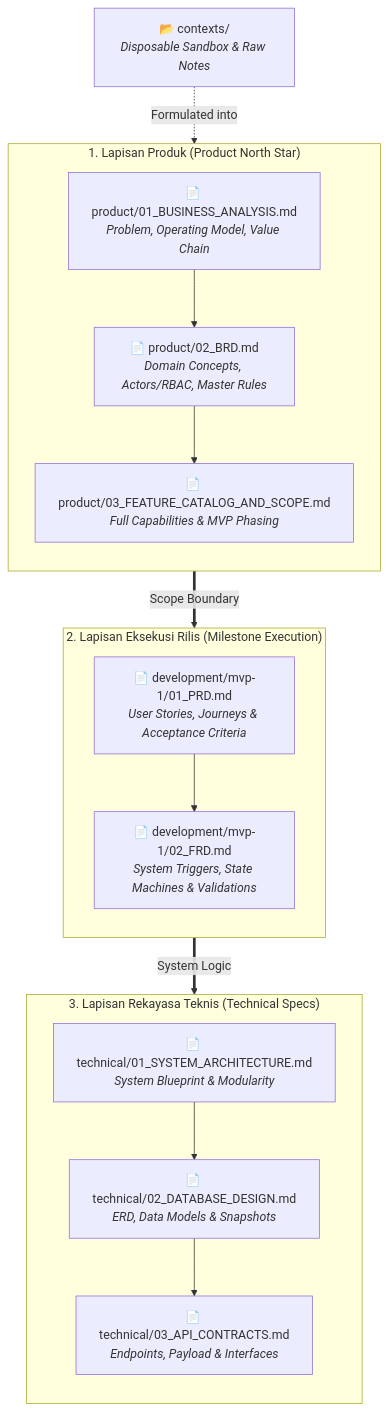
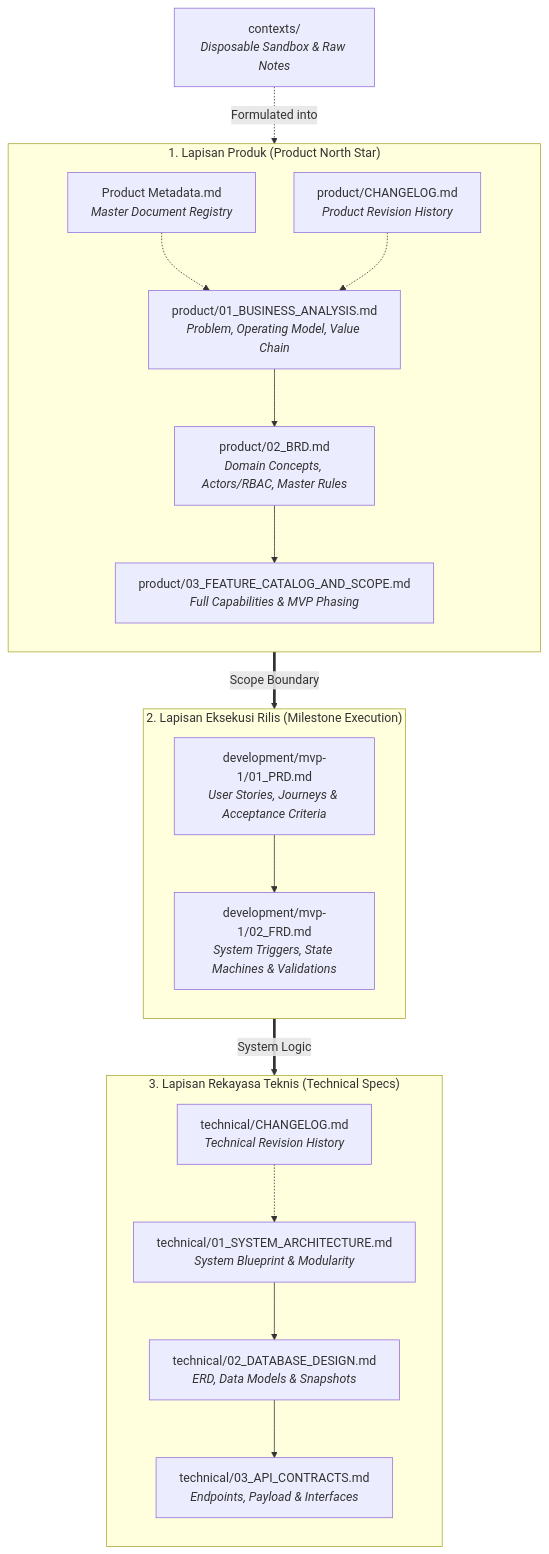
Before and after one commit to mfauzanfikri/tms-docs: the diagram in README.md, drawn with Mermaid. The commit also changed other lines of this file and 3 other files, not shown here.

Commit message:
docs: establish universal documentation standards, metadata registry, and changelogs

````diff
--- a/README.md
+++ b/README.md
@@ -21,30 +21,35 @@
 ```mermaid
 flowchart TD
-    CTX["📂 contexts/<br><i>Disposable Sandbox & Raw Notes</i>"] -.->|Formulated into| P
+    CTX["contexts/<br><i>Disposable Sandbox & Raw Notes</i>"] -.->|Formulated into| P
 
     subgraph P["1. Lapisan Produk (Product North Star)"]
         direction TB
-        BA["📄 product/01_BUSINESS_ANALYSIS.md<br><i>Problem, Operating Model, Value Chain</i>"]
-        BRD["📄 product/02_BRD.md<br><i>Domain Concepts, Actors/RBAC, Master Rules</i>"]
-        CAT["📄 product/03_FEATURE_CATALOG_AND_SCOPE.md<br><i>Full Capabilities & MVP Phasing</i>"]
-        BA --> BRD --> CAT
+        REG["Product Metadata.md<br><i>Master Document Registry</i>"]
+        P_CL["product/CHANGELOG.md<br><i>Product Revision History</i>"]
+        BA["product/01_BUSINESS_ANALYSIS.md<br><i>Problem, Operating Model, Value Chain</i>"]
+        BRD["product/02_BRD.md<br><i>Domain Concepts, Actors/RBAC, Master Rules</i>"]
+        CAT["product/03_FEATURE_CATALOG_AND_SCOPE.md<br><i>Full Capabilities & MVP Phasing</i>"]
+        REG -.-> BA --> BRD --> CAT
+        P_CL -.-> BA
     end
 
     subgraph D["2. Lapisan Eksekusi Rilis (Milestone Execution)"]
         direction TB
-        PRD["📄 development/mvp-1/01_PRD.md<br><i>User Stories, Journeys & Acceptance Criteria</i>"]
-        FRD["📄 development/mvp-1/02_FRD.md<br><i>System Triggers, State Machines & Validations</i>"]
+        PRD["development/mvp-1/01_PRD.md<br><i>User Stories, Journeys & Acceptance Criteria</i>"]
+        FRD["development/mvp-1/02_FRD.md<br><i>System Triggers, State Machines & Validations</i>"]
         PRD --> FRD
     end
 
     subgraph T["3. Lapisan Rekayasa Teknis (Technical Specs)"]
         direction TB
-        ARCH["📄 technical/01_SYSTEM_ARCHITECTURE.md<br><i>System Blueprint & Modularity</i>"]
-        DB["📄 technical/02_DATABASE_DESIGN.md<br><i>ERD, Data Models & Snapshots</i>"]
-        API["📄 technical/03_API_CONTRACTS.md<br><i>Endpoints, Payload & Interfaces</i>"]
+        T_CL["technical/CHANGELOG.md<br><i>Technical Revision History</i>"]
+        ARCH["technical/01_SYSTEM_ARCHITECTURE.md<br><i>System Blueprint & Modularity</i>"]
+        DB["technical/02_DATABASE_DESIGN.md<br><i>ERD, Data Models & Snapshots</i>"]
+        API["technical/03_API_CONTRACTS.md<br><i>Endpoints, Payload & Interfaces</i>"]
         ARCH --> DB --> API
+        T_CL -.-> ARCH
     end
 
     CAT ==>|Scope Boundary| PRD
     FRD ==>|System Logic| ARCH
 ```
````
